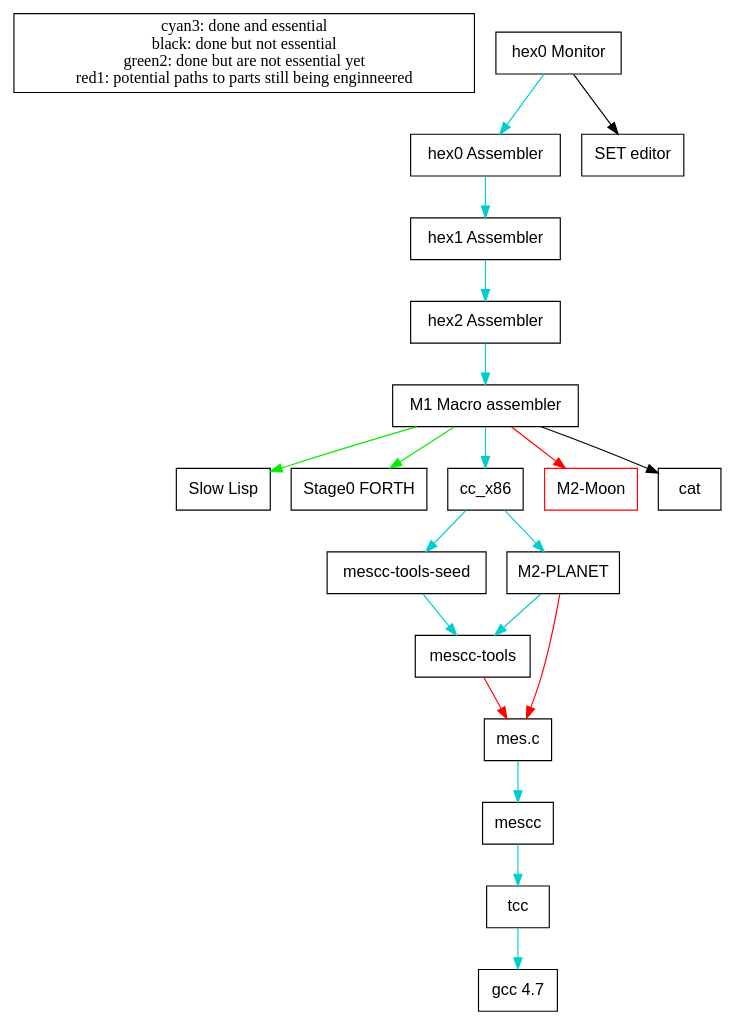
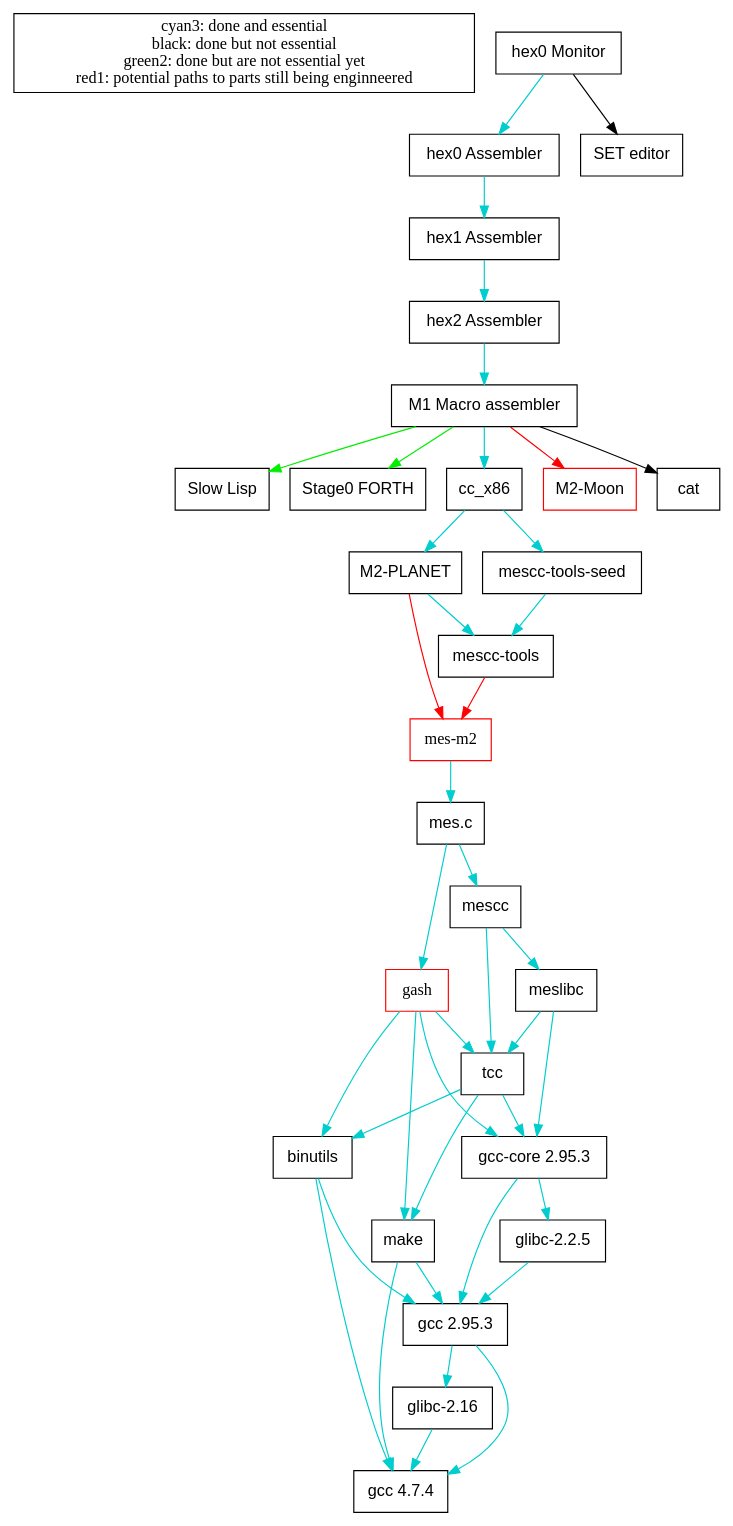
One commit to oriansj/talk-notes changed the diagram in Current bootstrap map.dot. Above: the diagram before and after it, drawn with Graphviz. The commit also changed 54 other files, not shown here.

```diff
--- a/Current bootstrap map.dot
+++ b/Current bootstrap map.dot
@@ -1,43 +1,73 @@
 digraph "Current bootstrap Map" {
 	"NULL"  [label = "cyan3: done and essential\nblack: done but not essential\ngreen2: done but are not essential yet\nred1: potential paths to parts still being enginneered", shape = box];
 
 	"hex0-monitor" [label = "hex0 Monitor", shape = box, fontname = Helvetica];
 	"hex0-assembler" [label = "hex0 Assembler", shape = box, fontname = Helvetica];
 	"hex1-assembler" [label = "hex1 Assembler", shape = box, fontname = Helvetica];
 	"hex2-assembler" [label = "hex2 Assembler", shape = box, fontname = Helvetica];
 	"M1-Macro" [label = "M1 Macro assembler", shape = box, fontname = Helvetica];
 	"Slow_Lisp" [label = "Slow Lisp", shape = box, fontname = Helvetica];
 	"Stage0-FORTH" [label = "Stage0 FORTH", shape = box, fontname = Helvetica];
 	"cc_x86" [label = "cc_x86", shape = box, fontname = Helvetica];
 	"M2-Planet" [label = "M2-PLANET", shape = box, fontname = Helvetica];
 	"M2-Moon" [label = "M2-Moon", color = red, shape = box, fontname = Helvetica];
 	"mescc-tools-seed" [label = "mescc-tools-seed", shape = box, fontname = Helvetica];
 	"mescc-tools" [label = "mescc-tools", shape = box, fontname = Helvetica];
+	"mes-m2" [label = "mes-m2", color = red, shape = box, fontname = Helventica];
 	"mes.c" [label = "mes.c", shape = box, fontname = Helvetica];
 	"mescc" [label = "mescc", shape = box, fontname = Helvetica];
+	"meslibc" [label = "meslibc", shape = box, fontname = Helvetica];
+	"gash" [label = "gash", color = red, shape = box, fontname = Helventica];
 	"tcc" [label = "tcc", shape = box, fontname = Helvetica];
-	"gcc_4.7" [label = "gcc 4.7", shape = box, fontname = Helvetica];
+	"gcc-core 2.95.3" [label = "gcc-core 2.95.3", shape = box, fontname = Helvetica];
+	"make" [label = "make", shape = box, fontname = Helvetica];
+	"binutils" [label = "binutils", shape = box, fontname = Helvetica];
+	"glibc-2.2.5" [label = "glibc-2.2.5", shape = box, fontname = Helvetica];
+	"glibc-2.16" [label = "glibc-2.16", shape = box, fontname = Helvetica];
+	"gcc 2.95.3" [label = "gcc 2.95.3", shape = box, fontname = Helvetica];
+	"gcc 4.7.4" [label = "gcc 4.7.4", shape = box, fontname = Helvetica];
 
 	"cat" [label = "cat", shape = box, fontname = Helvetica];
 	"SET" [label = "SET editor", shape = box, fontname = Helvetica];
 
 	"hex0-monitor" -> "SET" [color = black];
 	"hex0-monitor" -> "hex0-assembler" [color = cyan3];
 	"hex0-assembler" -> "hex1-assembler" [color = cyan3];
 	"hex1-assembler" -> "hex2-assembler" [color = cyan3];
 	"hex2-assembler" -> "M1-Macro" [color = cyan3];
 	"M1-Macro" -> "cat" [color = black];
 	"M1-Macro" -> "Slow_Lisp" [color = green2];
 	"M1-Macro" -> "Stage0-FORTH" [color = green2];
 	"M1-Macro" -> "cc_x86" [color = cyan3];
 	"cc_x86" -> "M2-Planet" [color = cyan3];
 	"M1-Macro" -> "M2-Moon" [color = red1];
-	"M2-Planet" -> "mes.c" [color = red1];
+	"M2-Planet" -> "mes-m2" [color = red1];
 	"cc_x86" -> "mescc-tools-seed" [color = cyan3];
 	"mescc-tools-seed" -> "mescc-tools" [color = cyan3];
 	"M2-Planet" -> "mescc-tools" [color = cyan3];
-	"mescc-tools" -> "mes.c" [color = red1];
+	"mescc-tools" -> "mes-m2" [color = red1];
+	"mes-m2" -> "mes.c" [color = cyan3];
 	"mes.c" -> "mescc" [color = cyan3];
+	"mes.c" -> "gash" [color = cyan3];
+	"gash" -> "tcc" [color = cyan3];
 	"mescc" -> "tcc" [color = cyan3];
-	"tcc" -> "gcc_4.7" [color = cyan3];
+	"mescc" -> "meslibc" [color = cyan3];
+	"meslibc" -> "tcc" [color = cyan3];
+	"tcc" -> "gcc-core 2.95.3" [color = cyan3];
+	"tcc" -> "make" [color = cyan3];
+	"tcc" -> "binutils" [color = cyan3];
+	"gash" -> "gcc-core 2.95.3" [color = cyan3];
+	"gash" -> "binutils" [color = cyan3];
+	"gash" -> "make" [color = cyan3];
+	"meslibc" -> "gcc-core 2.95.3" [color = cyan3];
+	"gcc-core 2.95.3" -> "glibc-2.2.5" [color = cyan3];
+	"gcc-core 2.95.3" -> "gcc 2.95.3" [color = cyan3];
+	"make" -> "gcc 2.95.3" [color = cyan3];
+	"binutils" -> "gcc 2.95.3" [color = cyan3];
+	"make" -> "gcc 4.7.4" [color = cyan3];
+	"binutils" -> "gcc 4.7.4" [color = cyan3];
+	"glibc-2.2.5" -> "gcc 2.95.3" [color = cyan3];
+	"gcc 2.95.3" -> "glibc-2.16" [color = cyan3];
+	"gcc 2.95.3" -> "gcc 4.7.4" [color = cyan3];
+	"glibc-2.16" -> "gcc 4.7.4" [color = cyan3];
 }
```
